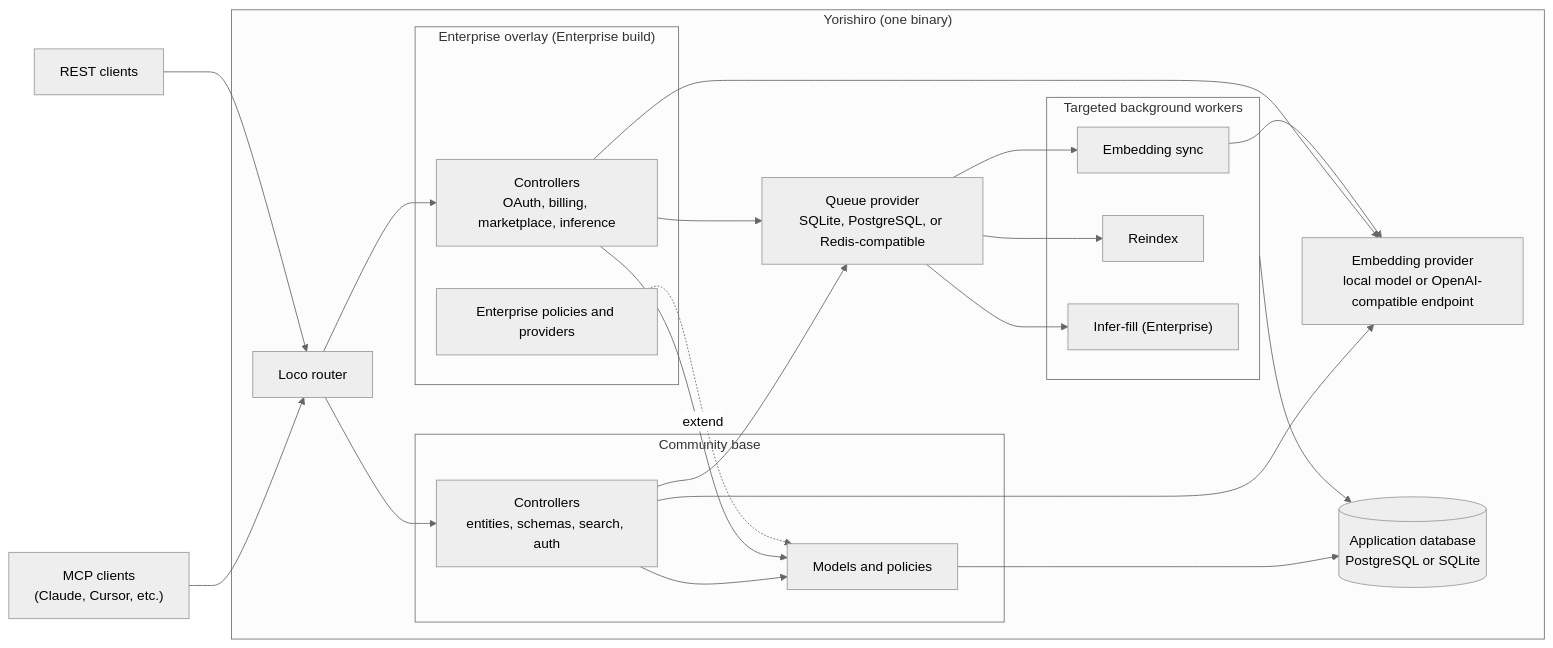
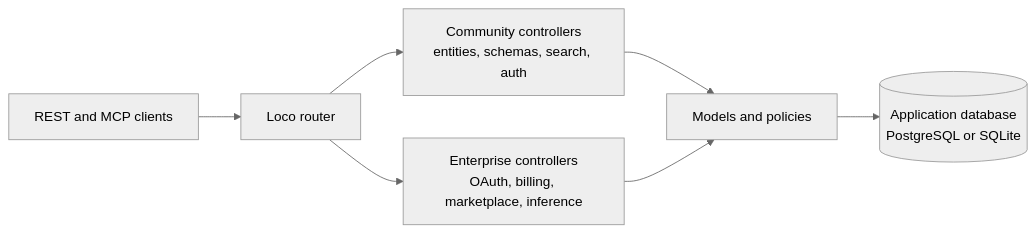
The first of 2 diagrams in README.md (yorishiro-ai/yorishiro), drawn with Mermaid (neutral theme) before and after one commit. The commit also changed other lines of this file and 1 other file, not shown here.

Commit message:
docs: separate request and job architecture diagrams

````diff
--- a/README.md
+++ b/README.md
@@ -33,48 +35,9 @@
 ```mermaid
 flowchart LR
-    MCP["MCP clients<br/>(Claude, Cursor, etc.)"]
-    REST["REST clients"]
-
-    subgraph Server["Yorishiro (one binary)"]
-        Router["Loco router"]
-
-        subgraph CE["Community base"]
-            CEControllers["Controllers<br/>entities, schemas, search, auth"]
-            Models["Models and policies"]
-        end
-
-        subgraph EE["Enterprise overlay (Enterprise build)"]
-            EEControllers["Controllers<br/>OAuth, billing, marketplace, inference"]
-            EEPolicies["Enterprise policies and providers"]
-        end
-
-        Embed["Embedding provider<br/>local model or OpenAI-compatible endpoint"]
-        Queue["Queue provider<br/>SQLite, PostgreSQL, or Redis-compatible"]
-
-        subgraph Workers["Targeted background workers"]
-            WEmbed["Embedding sync"]
-            WReindex["Reindex"]
-            WInfer["Infer-fill (Enterprise)"]
-        end
-
-        DB[("Application database<br/>PostgreSQL or SQLite")]
-    end
-
-    MCP --> Router
-    REST --> Router
-    Router --> CEControllers
-    Router --> EEControllers
-    CEControllers --> Models
-    EEControllers --> Models
-    EEPolicies -.extend.-> Models
-    Models --> DB
-    CEControllers --> Embed
-    EEControllers --> Embed
-    CEControllers --> Queue
-    EEControllers --> Queue
-    Queue --> WEmbed
-    Queue --> WReindex
-    Queue --> WInfer
-    WEmbed --> Embed
-    Workers --> DB
+    Clients["REST and MCP clients"] --> Router["Loco router"]
+    Router --> Community["Community controllers<br/>entities, schemas, search, auth"]
+    Router --> Enterprise["Enterprise controllers<br/>OAuth, billing, marketplace, inference"]
+    Community --> Models["Models and policies"]
+    Enterprise --> Models
+    Models --> DB[("Application database<br/>PostgreSQL or SQLite")]
 ```
````
